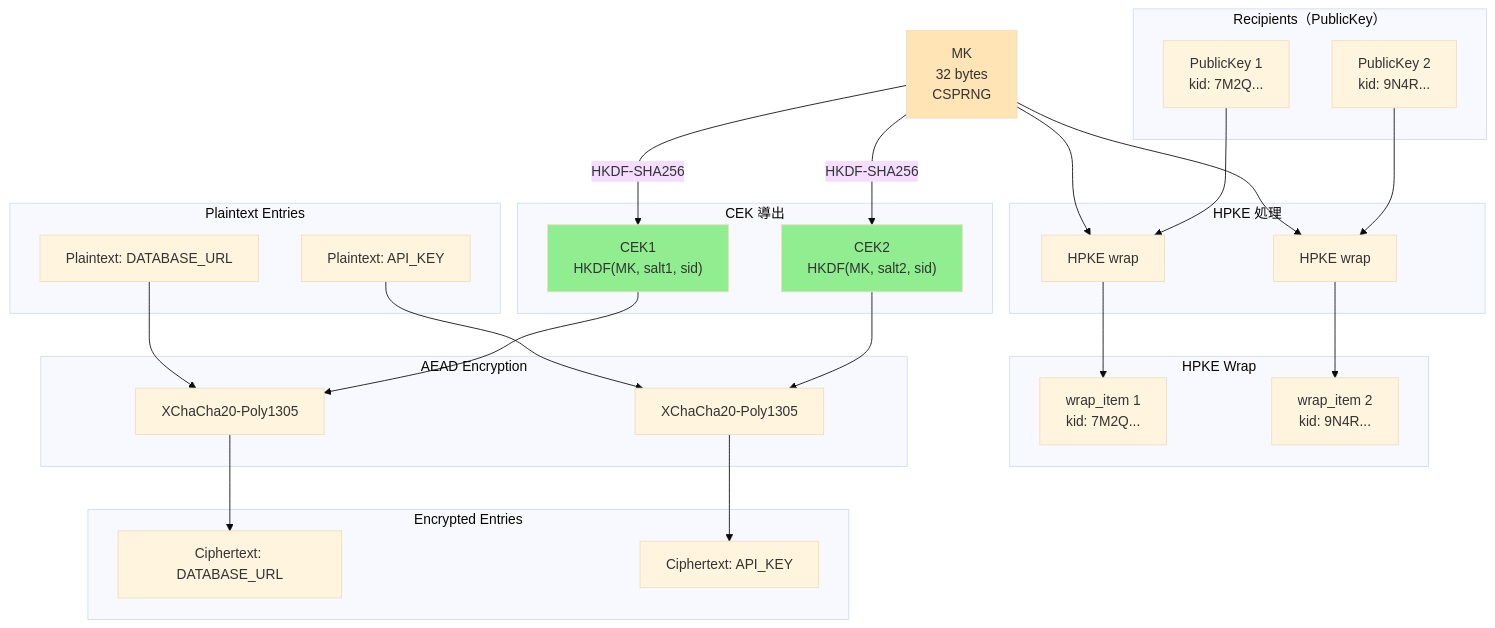
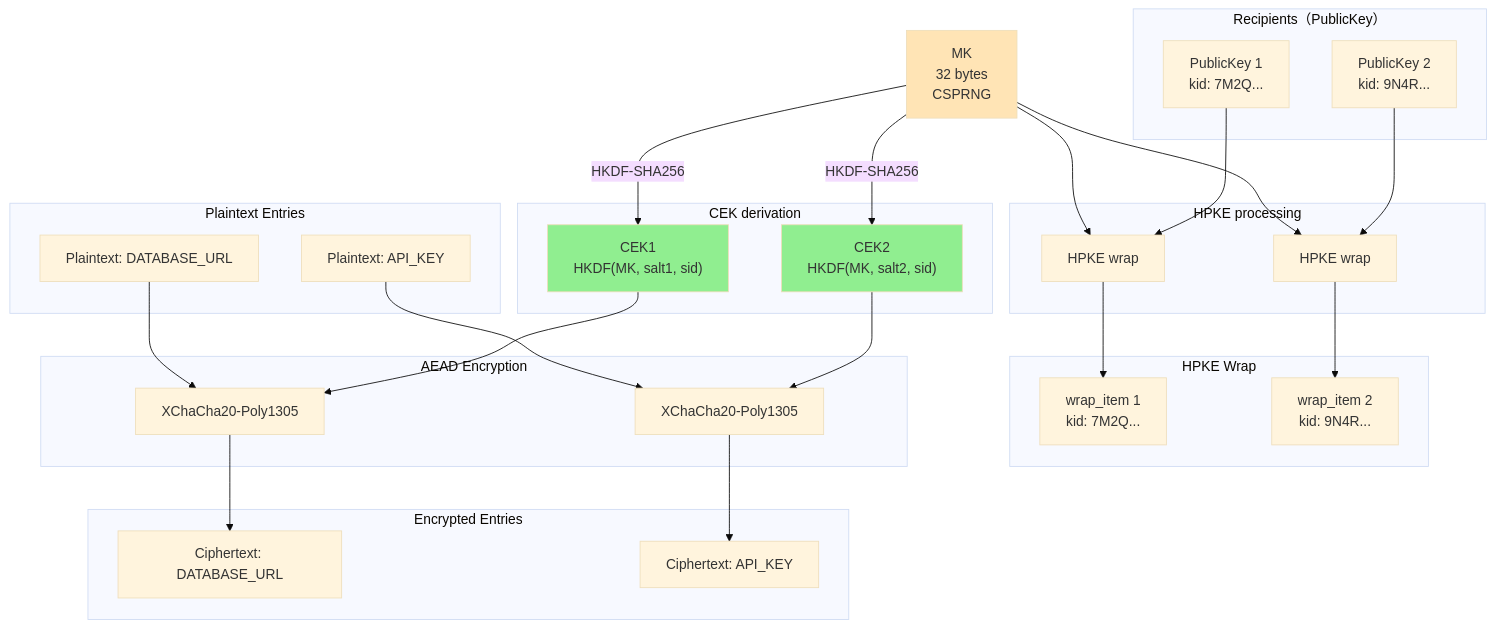
Before and after one commit to ebisawa/kapsaro: the fourth of 6 diagrams in guides/security_design_en.md, drawn with Mermaid (base theme). The commit also changed other lines of this file and 121 other files, not shown here.

````diff
--- a/guides/security_design_en.md
+++ b/guides/security_design_en.md
@@ -931,58 +843,58 @@
 ```mermaid
 graph TB
     subgraph recipients["Recipients（PublicKey）"]
         PK1["PublicKey 1<br/>kid: 7M2Q..."]
         PK2["PublicKey 2<br/>kid: 9N4R..."]
     end
 
-    subgraph hpke["HPKE 処理"]
+    subgraph hpke["HPKE processing"]
         HPKE1[HPKE wrap]
         HPKE2[HPKE wrap]
     end
 
     subgraph wrap["HPKE Wrap"]
         W1["wrap_item 1<br/>kid: 7M2Q..."]
         W2["wrap_item 2<br/>kid: 9N4R..."]
     end
 
     MK["MK<br/>32 bytes<br/>CSPRNG"]
 
-    subgraph cek["CEK 導出"]
+    subgraph cek["CEK derivation"]
         CEK1["CEK1<br/>HKDF(MK, salt1, sid)"]
         CEK2["CEK2<br/>HKDF(MK, salt2, sid)"]
     end
 
     subgraph p_entries["Plaintext Entries"]
         PE1["Plaintext: DATABASE_URL"]
         PE2["Plaintext: API_KEY"]
     end
 
     subgraph aead["AEAD Encryption"]
         AEAD1["XChaCha20-Poly1305"]
         AEAD2["XChaCha20-Poly1305"]
     end
 
     subgraph entries["Encrypted Entries"]
         E1["Ciphertext: DATABASE_URL"]
         E2["Ciphertext: API_KEY"]
     end
 
     PK1 --> HPKE1
     MK --> HPKE1
     HPKE1 --> W1
     PK2 --> HPKE2
     MK --> HPKE2
     HPKE2 --> W2
     MK -->|HKDF-SHA256| CEK1
     MK -->|HKDF-SHA256| CEK2
     CEK1 --> AEAD1
     PE1 --> AEAD1
     AEAD1 --> E1
     CEK2 --> AEAD2
     PE2 --> AEAD2
     AEAD2 --> E2
 
     style MK fill:#FFE4B5
     style CEK1 fill:#90EE90
     style CEK2 fill:#90EE90
 ```
````
